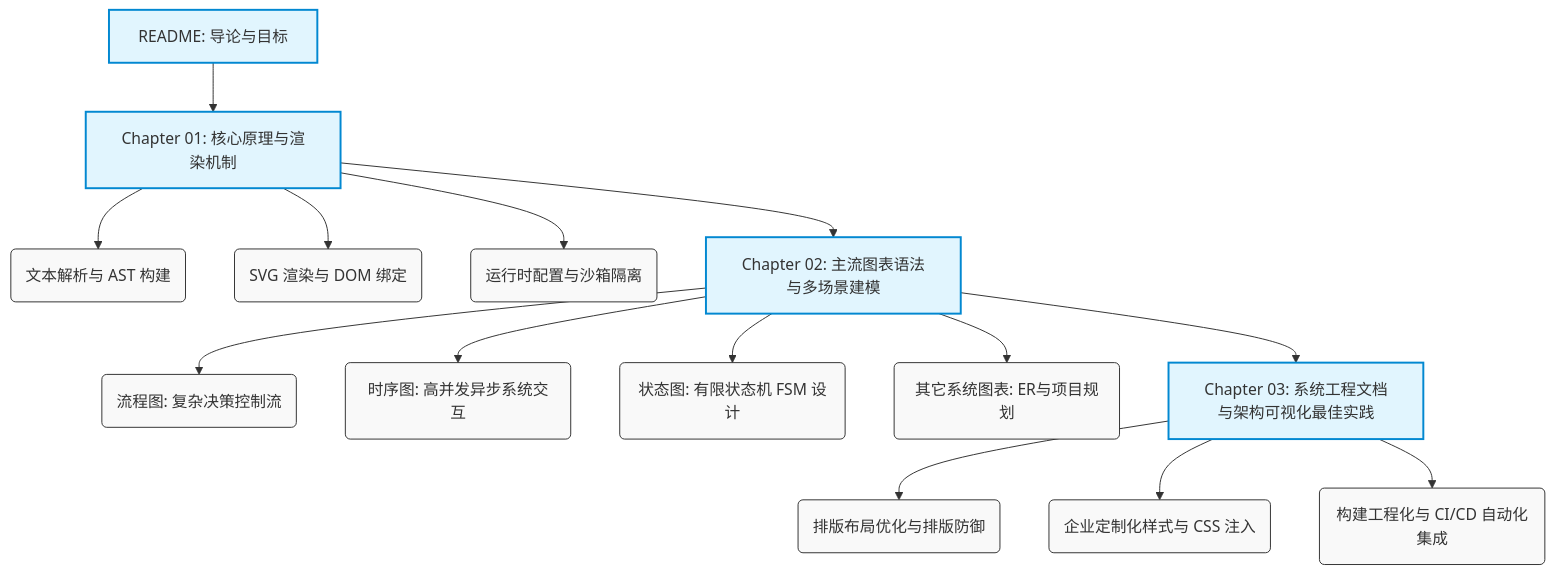
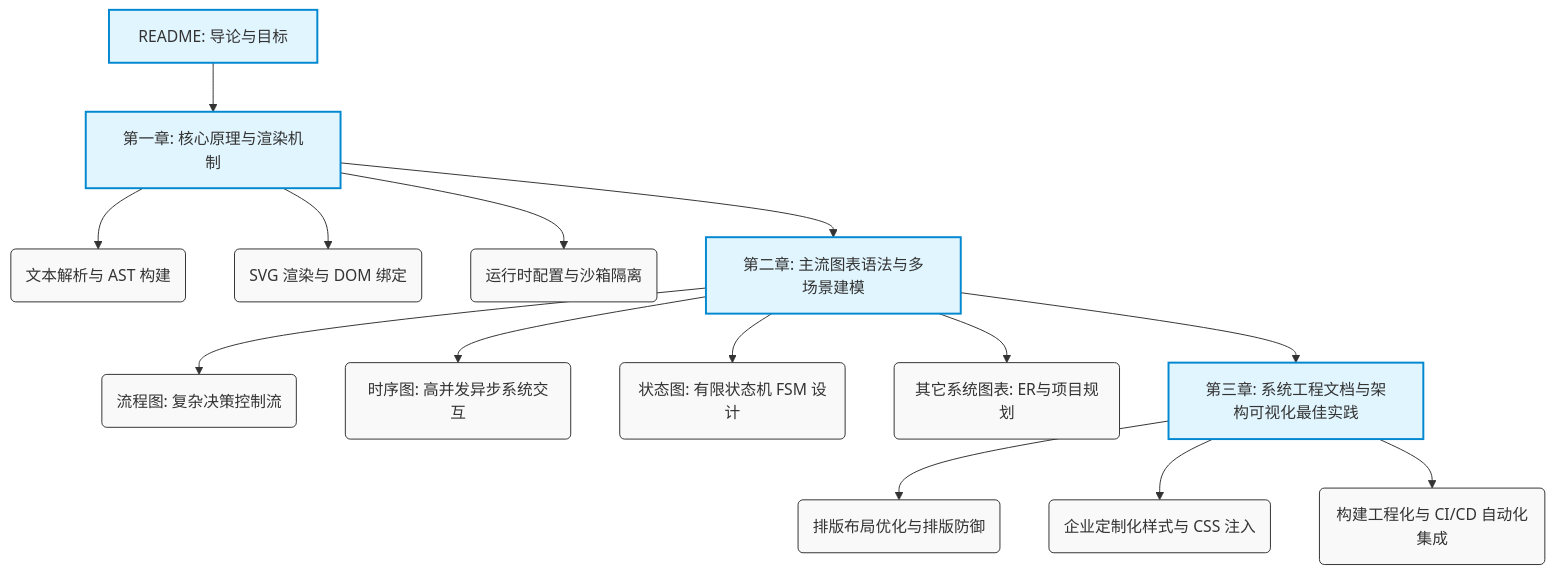
The diagram in posts/markup/markdown/mermaid_diagrams/src/README.md (hengvvang/blog), drawn with Mermaid before and after one commit. The commit also changed other lines of this file and 48 other files, not shown here.

````diff
--- a/posts/markup/markdown/mermaid_diagrams/src/README.md
+++ b/posts/markup/markdown/mermaid_diagrams/src/README.md
@@ -26,24 +57,24 @@
 ```mermaid
 graph TD
     %% 样式定义
     classDef default fill:#f9f9f9,stroke:#333,stroke-width:1px;
     classDef highlight fill:#e1f5fe,stroke:#0288d1,stroke-width:2px;
     
-    Start[README: 导论与目标] --> Ch1[Chapter 01: 核心原理与渲染机制]
+    Start[README: 导论与目标] --> Ch1[第一章: 核心原理与渲染机制]
     Ch1 --> Ch1_1(文本解析与 AST 构建)
     Ch1 --> Ch1_2(SVG 渲染与 DOM 绑定)
     Ch1 --> Ch1_3(运行时配置与沙箱隔离)
     
-    Ch1 --> Ch2[Chapter 02: 主流图表语法与多场景建模]
+    Ch1 --> Ch2[第二章: 主流图表语法与多场景建模]
     Ch2 --> Ch2_1(流程图: 复杂决策控制流)
     Ch2 --> Ch2_2(时序图: 高并发异步系统交互)
     Ch2 --> Ch2_3(状态图: 有限状态机 FSM 设计)
     Ch2 --> Ch2_4(其它系统图表: ER与项目规划)
     
-    Ch2 --> Ch3[Chapter 03: 系统工程文档与架构可视化最佳实践]
+    Ch2 --> Ch3[第三章: 系统工程文档与架构可视化最佳实践]
     Ch3 --> Ch3_1(排版布局优化与排版防御)
     Ch3 --> Ch3_2(企业定制化样式与 CSS 注入)
     Ch3 --> Ch3_3(构建工程化与 CI/CD 自动化集成)
 
     class Start,Ch1,Ch2,Ch3 highlight;
 ```
````
